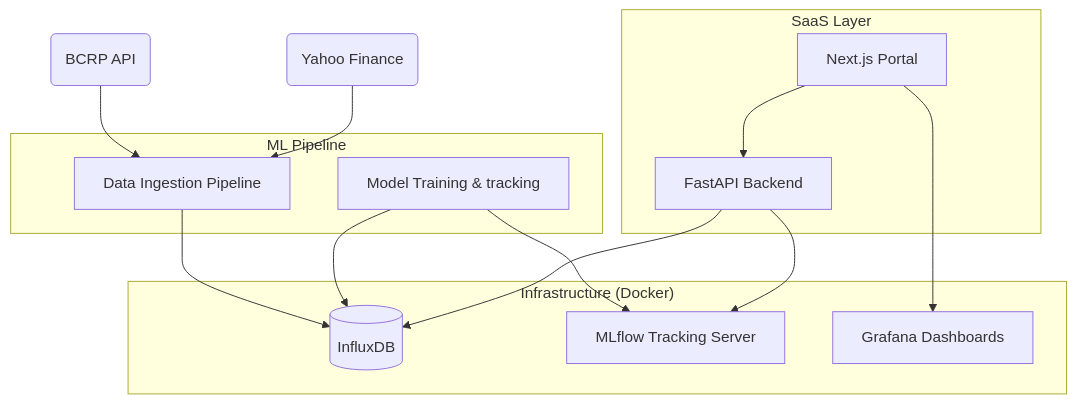
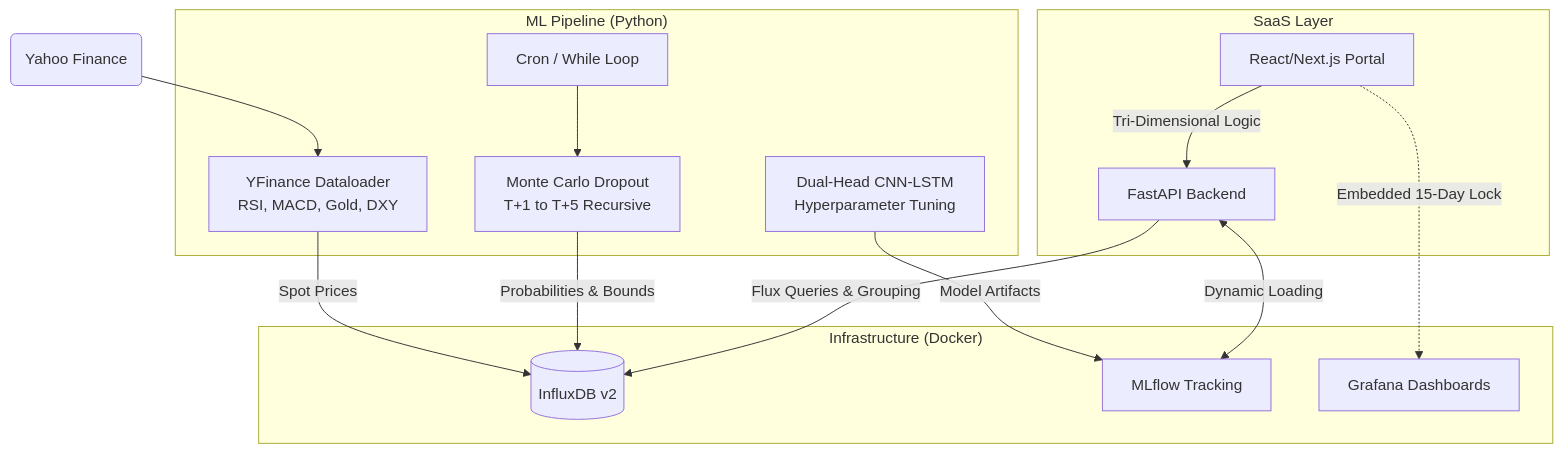
One commit to Alvinldf/forecaster changed the diagram in README.md. Above: the diagram before and after it, drawn with Mermaid. The commit also changed other lines of this file and 18 other files, not shown here.

````diff
--- a/README.md
+++ b/README.md
@@ -7,24 +9,24 @@
 ```mermaid
 graph TD
     subgraph "Infrastructure (Docker)"
-        InfluxDB[(InfluxDB)]
-        MLflow[MLflow Tracking Server]
+        InfluxDB[(InfluxDB v2)]
+        MLflow[MLflow Tracking]
         Grafana[Grafana Dashboards]
     end
 
-    subgraph "ML Pipeline"
-        Ingestion[Data Ingestion Pipeline] --> InfluxDB
-        Training[Model Training & tracking] --> InfluxDB
-        Training --> MLflow
+    subgraph "ML Pipeline (Python)"
+        Ingestion[YFinance Dataloader \n RSI, MACD, Gold, DXY] -->|Spot Prices| InfluxDB
+        Training[Dual-Head CNN-LSTM \n Hyperparameter Tuning] -->|Model Artifacts| MLflow
+        Inference[Monte Carlo Dropout \n T+1 to T+5 Recursive] -->|Probabilities & Bounds| InfluxDB
+        Scheduler[Cron / While Loop] --> Inference
     end
 
     subgraph "SaaS Layer"
-        API[FastAPI Backend] --> InfluxDB
-        API --> MLflow
-        Frontend[Next.js Portal] --> API
-        Frontend --> Grafana
+        API[FastAPI Backend] -->|Flux Queries & Grouping| InfluxDB
+        API <-->|Dynamic Loading| MLflow
+        Frontend[React/Next.js Portal] -->|Tri-Dimensional Logic| API
+        Frontend -.->|Embedded 15-Day Lock| Grafana
     end
 
-    BCRP(BCRP API) --> Ingestion
     Yahoo(Yahoo Finance) --> Ingestion
 ```
````
